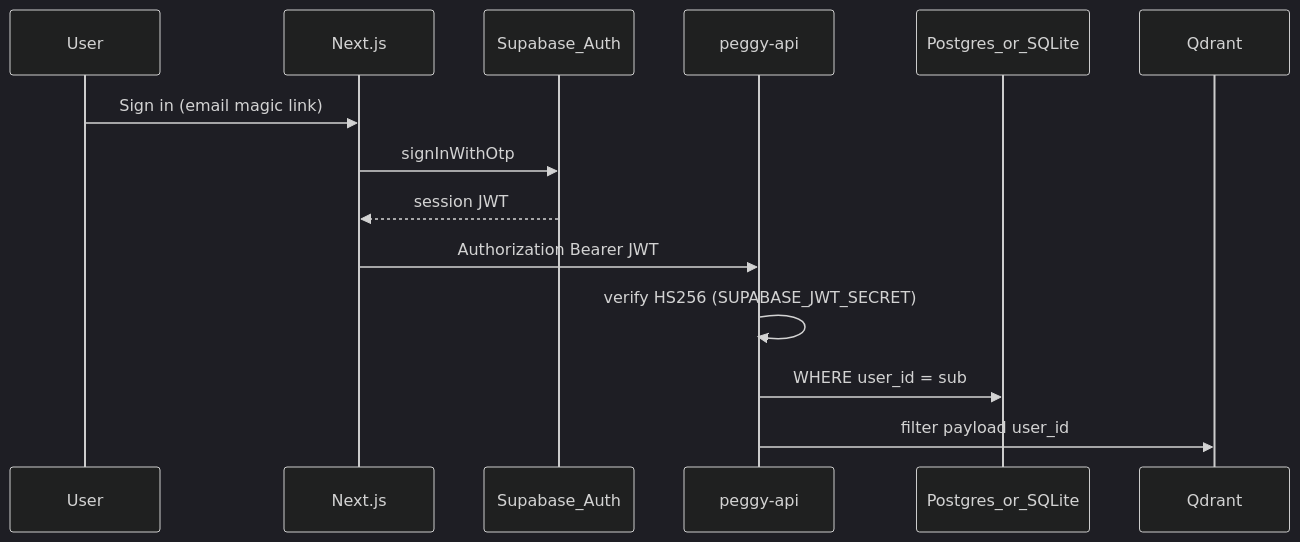
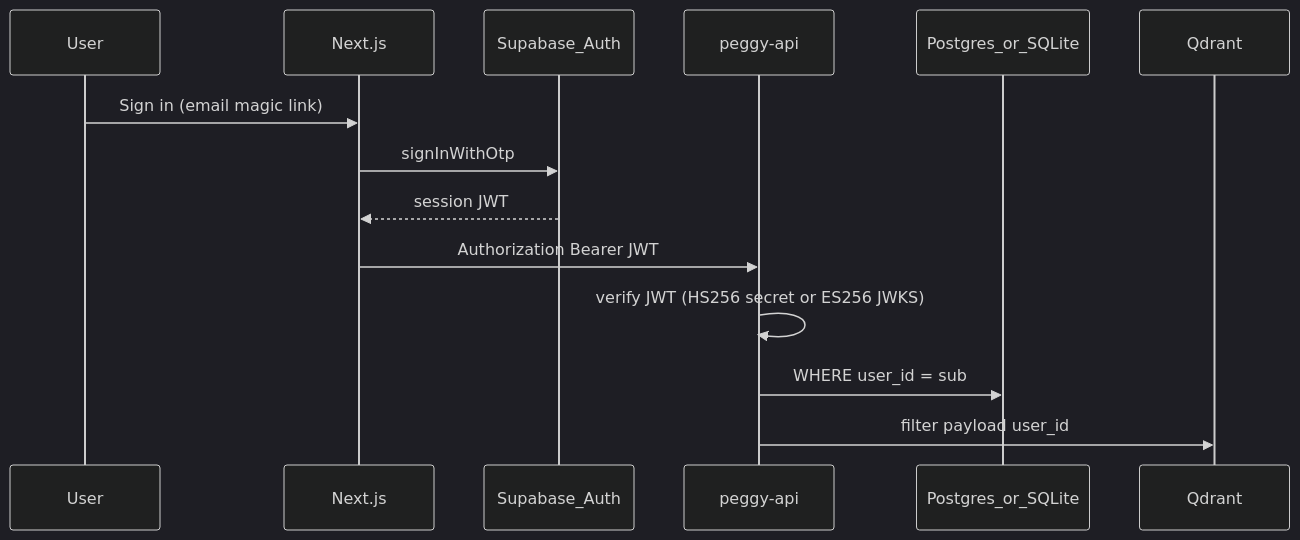
One commit to CarlienRust/steve-peggy changed the diagram in docs/AUTH.md. Above: the diagram before and after it, drawn with Mermaid (dark theme). The commit also changed other lines of this file and 3 other files, not shown here.

First line of the commit message:
Fix Supabase ES256 JWT verification on the API.

````diff
--- a/docs/AUTH.md
+++ b/docs/AUTH.md
@@ -7,17 +7,17 @@
 ```mermaid
 sequenceDiagram
   participant User
   participant Next as Next.js
   participant Supa as Supabase_Auth
   participant API as peggy-api
   participant DB as Postgres_or_SQLite
   participant Qdrant as Qdrant
 
   User->>Next: Sign in (email magic link)
   Next->>Supa: signInWithOtp
   Supa-->>Next: session JWT
   Next->>API: Authorization Bearer JWT
-  API->>API: verify HS256 (SUPABASE_JWT_SECRET)
+  API->>API: verify JWT (HS256 secret or ES256 JWKS)
   API->>DB: WHERE user_id = sub
   API->>Qdrant: filter payload user_id
 ```
````
